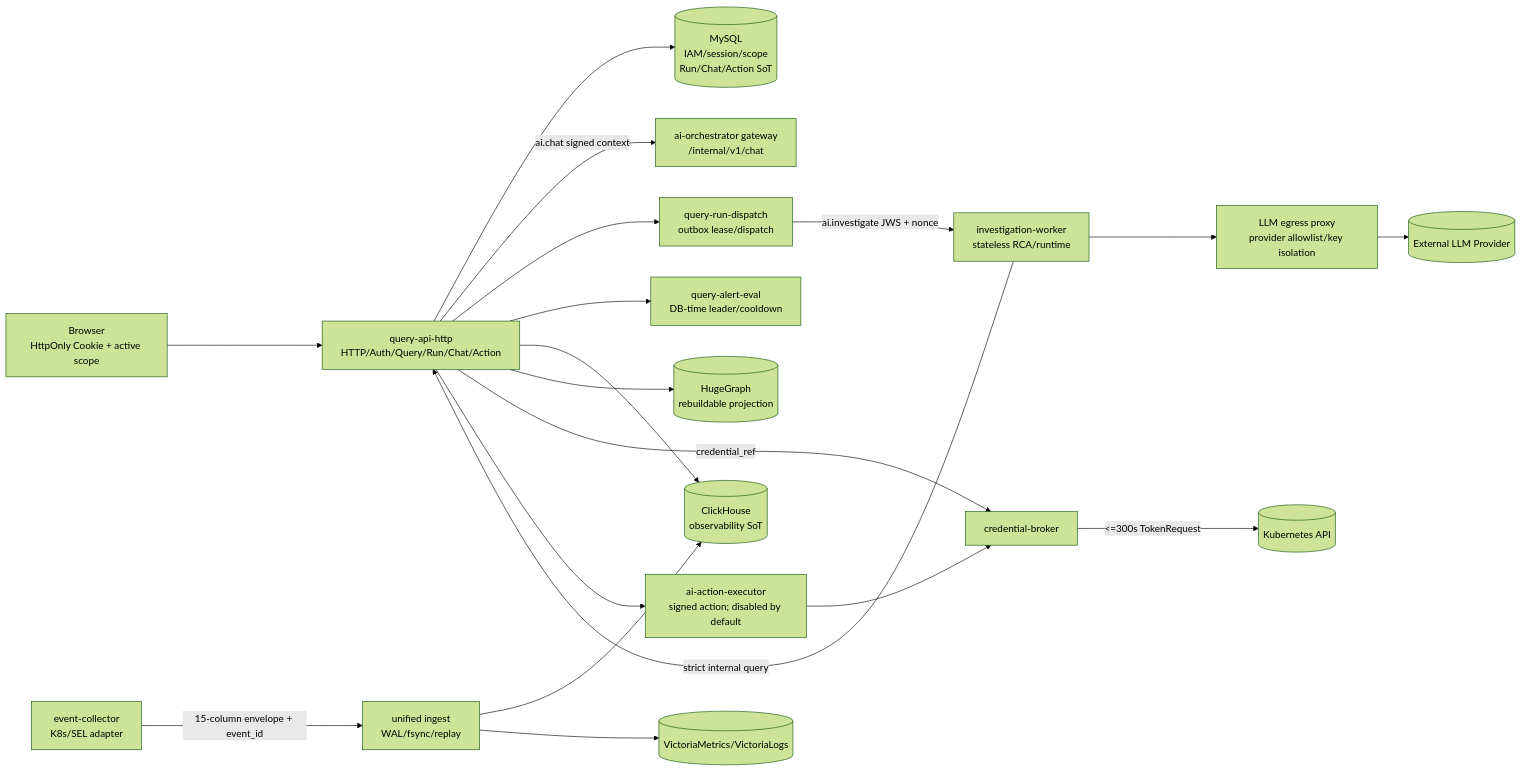
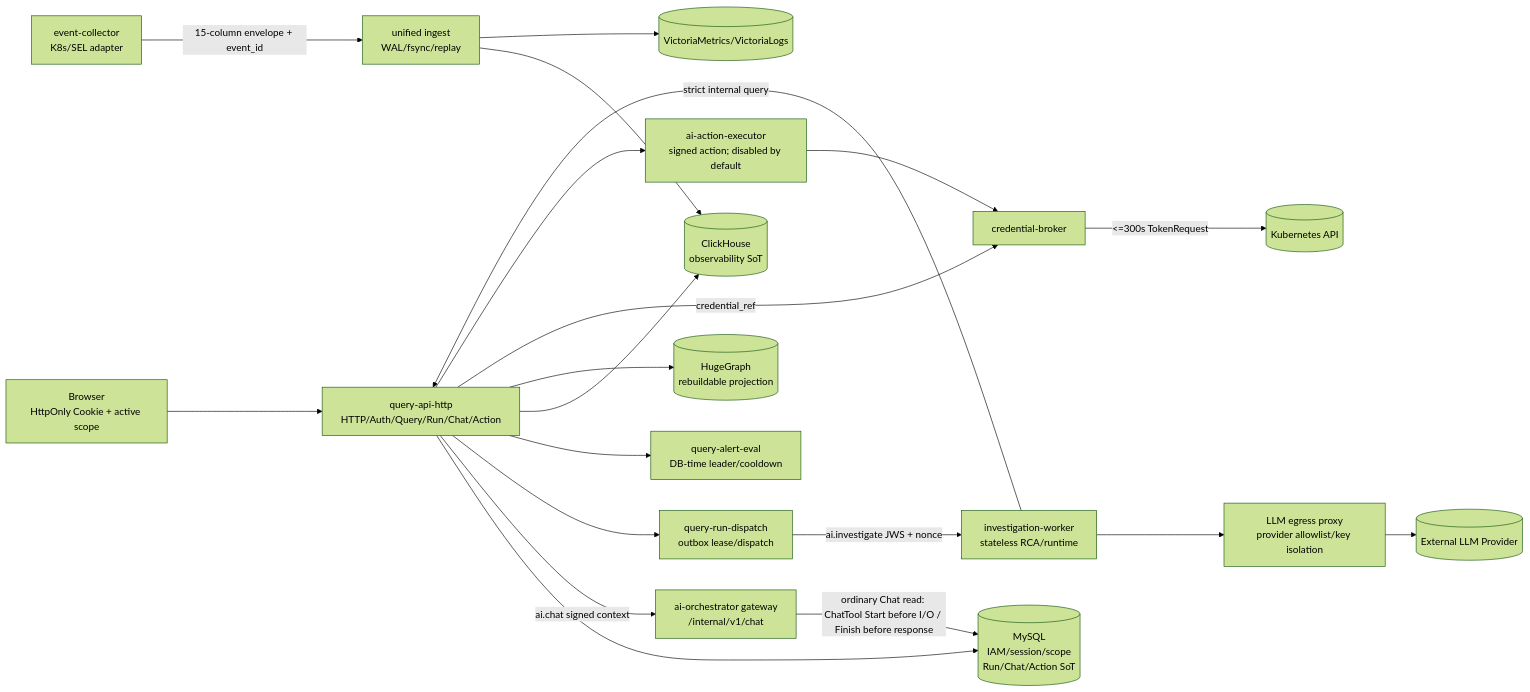
The diagram in AIOps平台生产整改实施与复审报告.md (Jw-Jm/aiops-edge), drawn with Mermaid (forest theme) before and after one commit. The commit also changed other lines of this file and 26 other files, not shown here.

Commit message:
feat: enforce audited chat tool boundary

````diff
--- a/AIOps平台生产整改实施与复审报告.md
+++ b/AIOps平台生产整改实施与复审报告.md
@@ -259,21 +266,22 @@
 ```mermaid
 flowchart LR
     B[Browser\nHttpOnly Cookie + active scope] --> Q[query-api-http\nHTTP/Auth/Query/Run/Chat/Action]
     Q --> M[(MySQL\nIAM/session/scope\nRun/Chat/Action SoT)]
     Q -->|ai.chat signed context| O[ai-orchestrator gateway\n/internal/v1/chat]
+    O -->|ordinary Chat read: ChatTool Start before I/O / Finish before response| M
     Q --> D[query-run-dispatch\noutbox lease/dispatch]
     D -->|ai.investigate JWS + nonce| W[investigation-worker\nstateless RCA/runtime]
     W -->|strict internal query| Q
     Q --> E[query-alert-eval\nDB-time leader/cooldown]
     W --> P[LLM egress proxy\nprovider allowlist/key isolation]
     P --> L[(External LLM Provider)]
     C[event-collector\nK8s/SEL adapter] -->|15-column envelope + event_id| I[unified ingest\nWAL/fsync/replay]
     I --> CH[(ClickHouse\nobservability SoT)]
     I --> VM[(VictoriaMetrics/VictoriaLogs)]
     Q --> CH
     Q --> G[(HugeGraph\nrebuildable projection)]
     Q -->|credential_ref| CB[credential-broker]
     CB -->|<=300s TokenRequest| K[(Kubernetes API)]
     Q --> X[ai-action-executor\nsigned action; disabled by default]
     X --> CB
 ```
````
